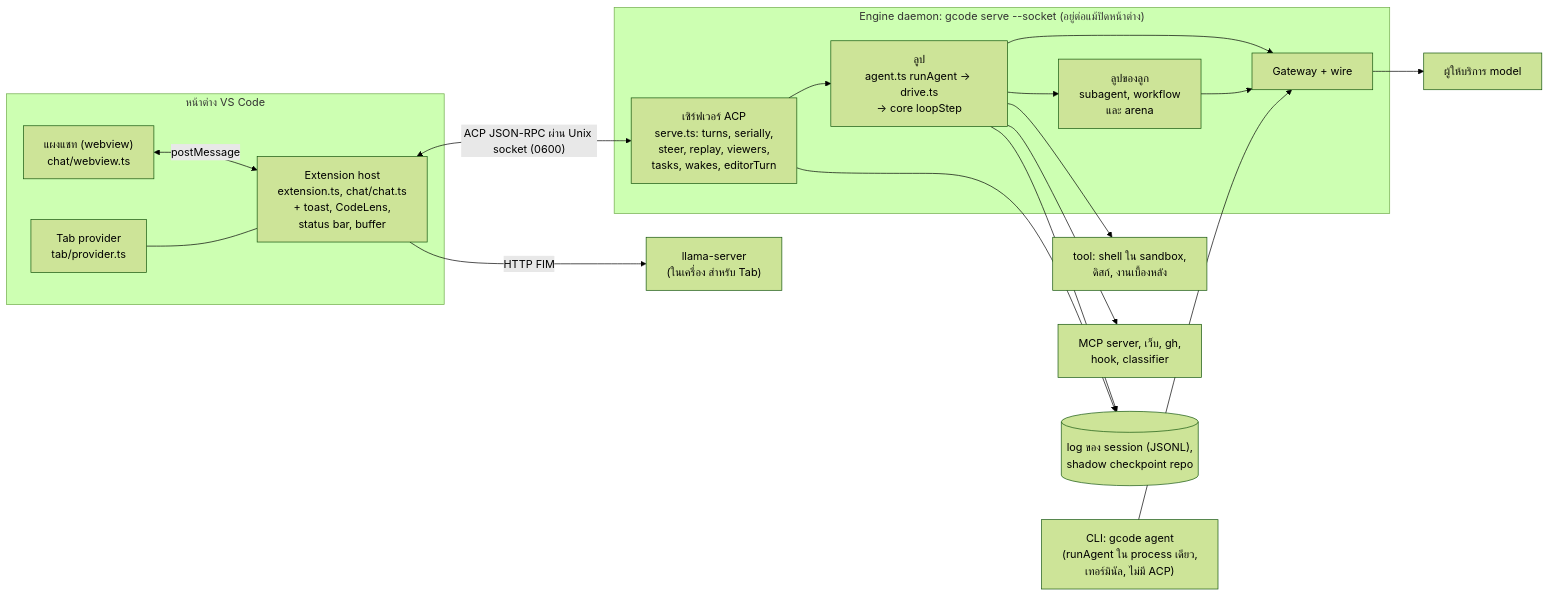
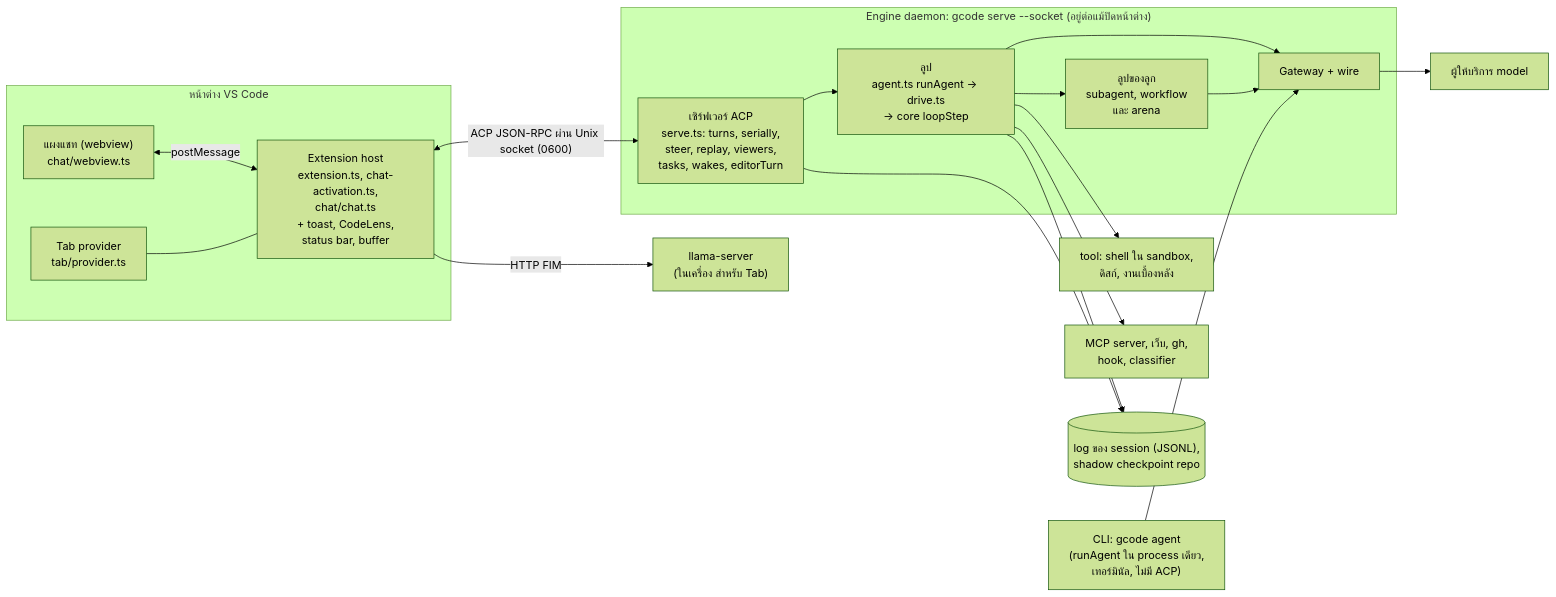
One commit to GA-MO/geno changed the diagram in packages/docs/src/content/docs/concepts/processes.md. Above: the diagram before and after it, drawn with Mermaid (forest theme). The commit also changed 11 other files, not shown here.

First line of the commit message:
Point the docs at the chat's new activation file, and tell Start building and Continue as Geno's words

````diff
--- a/packages/docs/src/content/docs/concepts/processes.md
+++ b/packages/docs/src/content/docs/concepts/processes.md
@@ -9,32 +9,32 @@
 ```mermaid
 flowchart LR
   subgraph Window["หน้าต่าง VS Code"]
     W["แผงแชท (webview)<br/>chat/webview.ts"]
-    X["Extension host<br/>extension.ts, chat/chat.ts<br/>+ toast, CodeLens,<br/>status bar, buffer"]
+    X["Extension host<br/>extension.ts, chat-activation.ts,<br/>chat/chat.ts<br/>+ toast, CodeLens,<br/>status bar, buffer"]
     T["Tab provider<br/>tab/provider.ts"]
   end
   L["llama-server<br/>(ในเครื่อง สำหรับ Tab)"]
   subgraph Engine["Engine daemon: gcode serve --socket (อยู่ต่อแม้ปิดหน้าต่าง)"]
     S["เซิร์ฟเวอร์ ACP<br/>serve.ts: turns, serially,<br/>steer, replay, viewers,<br/>tasks, wakes, editorTurn"]
     R["ลูป<br/>agent.ts runAgent → drive.ts<br/>→ core loopStep"]
     C["ลูปของลูก<br/>subagent, workflow<br/>และ arena"]
     G["Gateway + wire"]
   end
   P["ผู้ให้บริการ model"]
   O["tool: shell ใน sandbox,<br/>ดิสก์, งานเบื้องหลัง"]
   E["MCP server, เว็บ, gh,<br/>hook, classifier"]
   LOG[("log ของ session (JSONL),<br/>shadow checkpoint repo")]
   W <-- postMessage --> X
   X <-- "ACP JSON-RPC ผ่าน Unix socket (0600)" --> S
   X -- HTTP FIM --> L
   T --- X
   S --> R
   R --> C
   R --> G --> P
   C --> G
   R --> O
   R --> E
   R --> LOG
   S --> LOG
   CLI["CLI: gcode agent<br/>(runAgent ใน process เดียว,<br/>เทอร์มินัล, ไม่มี ACP)"] --> G
 ```
````
